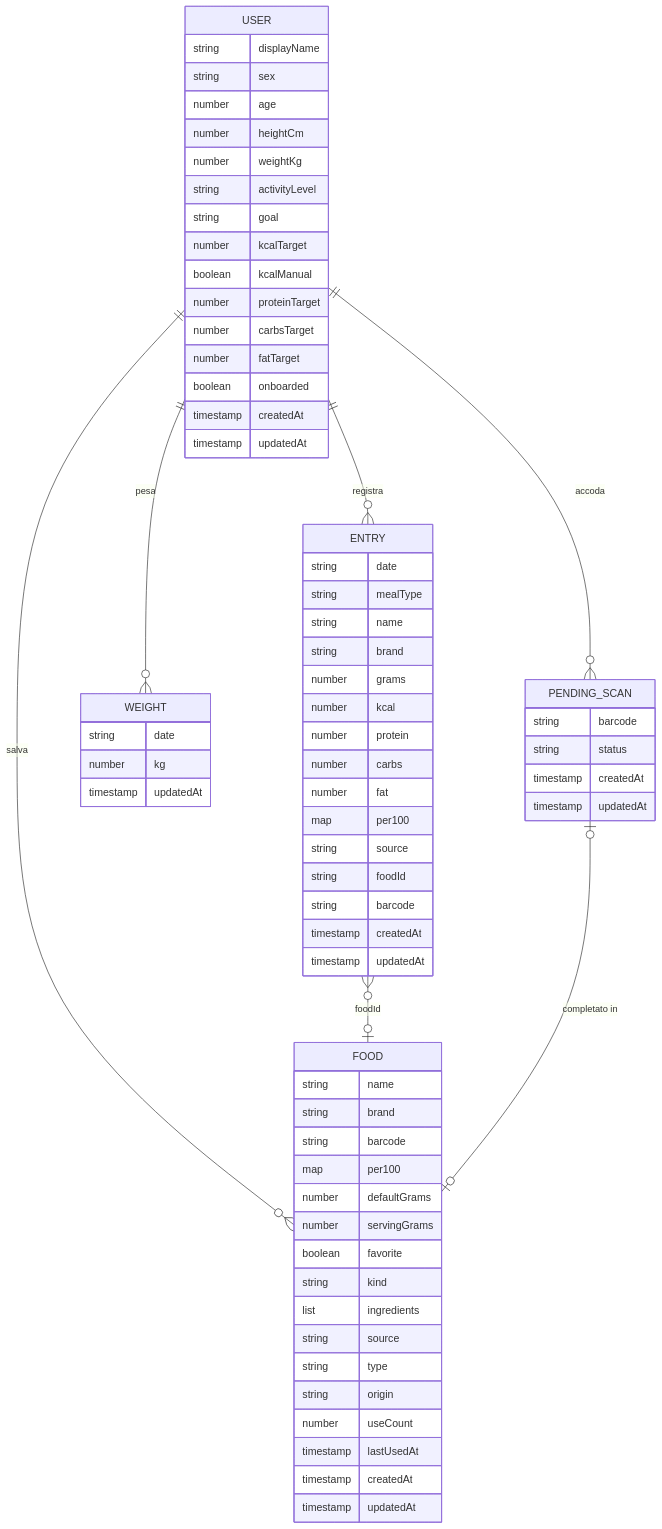
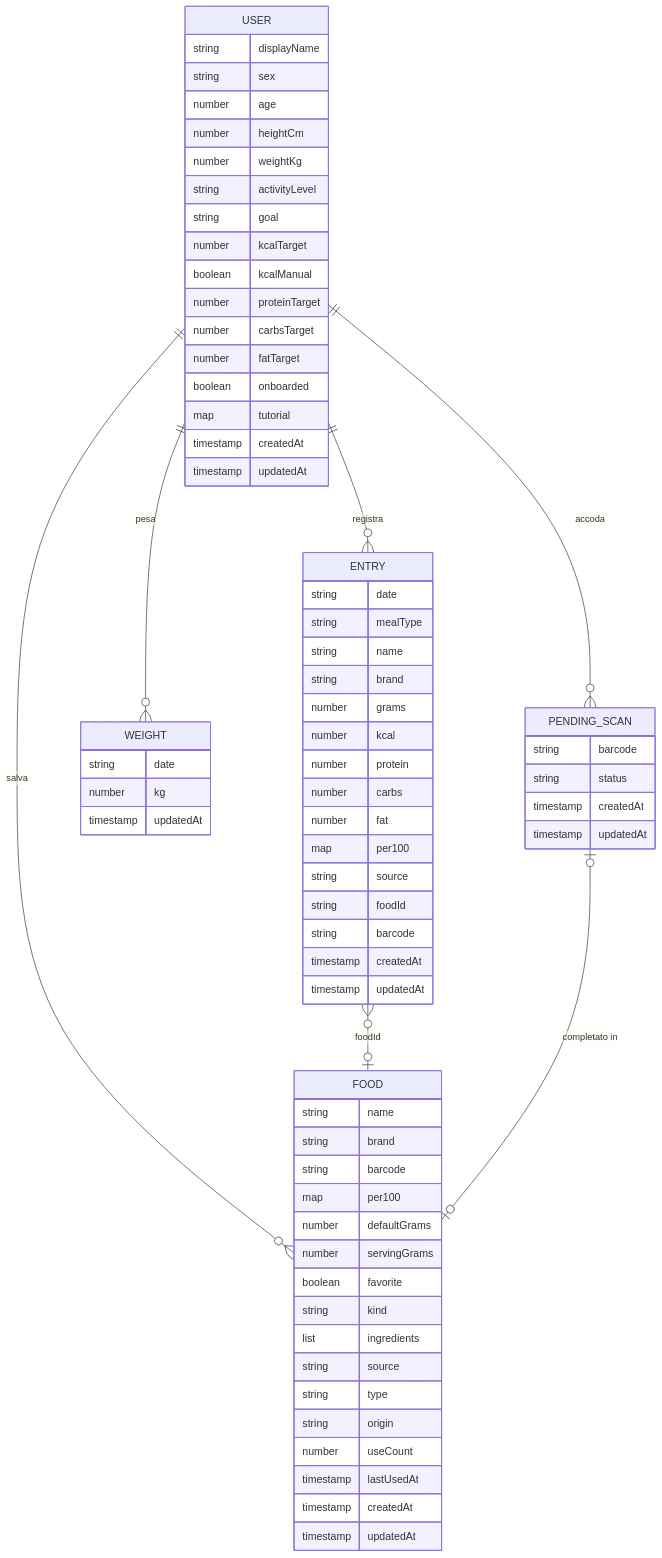
Before and after one commit to samuelefbn/contacalorie: the diagram in docs/DATA_MODEL.md, drawn with Mermaid. The commit also changed other lines of this file and 10 other files, not shown here.

````diff
--- a/docs/DATA_MODEL.md
+++ b/docs/DATA_MODEL.md
@@ -21,73 +21,74 @@
 ```mermaid
 erDiagram
     USER ||--o{ ENTRY : "registra"
     USER ||--o{ FOOD : "salva"
     USER ||--o{ WEIGHT : "pesa"
     USER ||--o{ PENDING_SCAN : "accoda"
     ENTRY }o--o| FOOD : "foodId"
     PENDING_SCAN |o--o| FOOD : "completato in"
 
     USER {
         string displayName
         string sex
         number age
         number heightCm
         number weightKg
         string activityLevel
         string goal
         number kcalTarget
         boolean kcalManual
         number proteinTarget
         number carbsTarget
         number fatTarget
         boolean onboarded
+        map tutorial
         timestamp createdAt
         timestamp updatedAt
     }
     ENTRY {
         string date
         string mealType
         string name
         string brand
         number grams
         number kcal
         number protein
         number carbs
         number fat
         map per100
         string source
         string foodId
         string barcode
         timestamp createdAt
         timestamp updatedAt
     }
     FOOD {
         string name
         string brand
         string barcode
         map per100
         number defaultGrams
         number servingGrams
         boolean favorite
         string kind
         list ingredients
         string source
         string type
         string origin
         number useCount
         timestamp lastUsedAt
         timestamp createdAt
         timestamp updatedAt
     }
     WEIGHT {
         string date
         number kg
         timestamp updatedAt
     }
     PENDING_SCAN {
         string barcode
         string status
         timestamp createdAt
         timestamp updatedAt
     }
 ```
````
